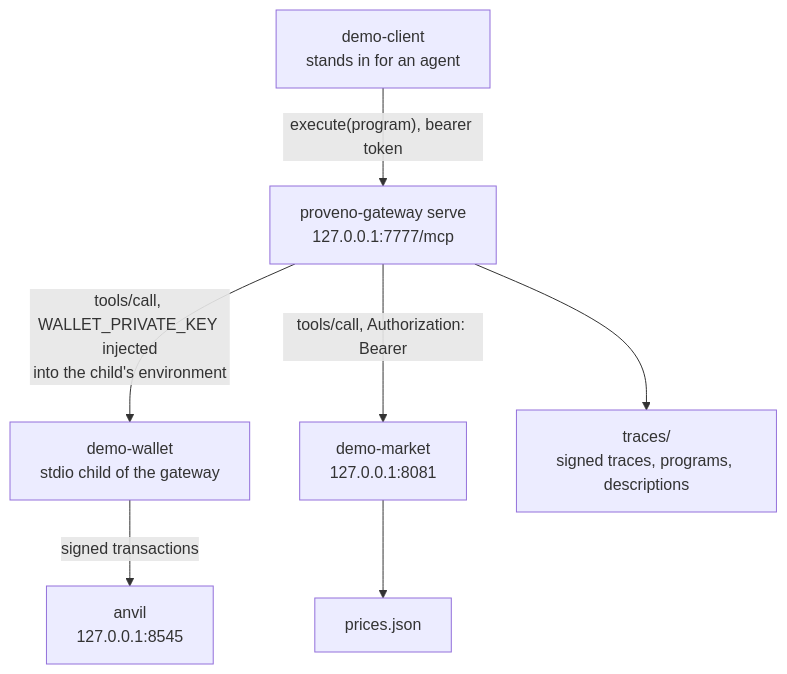
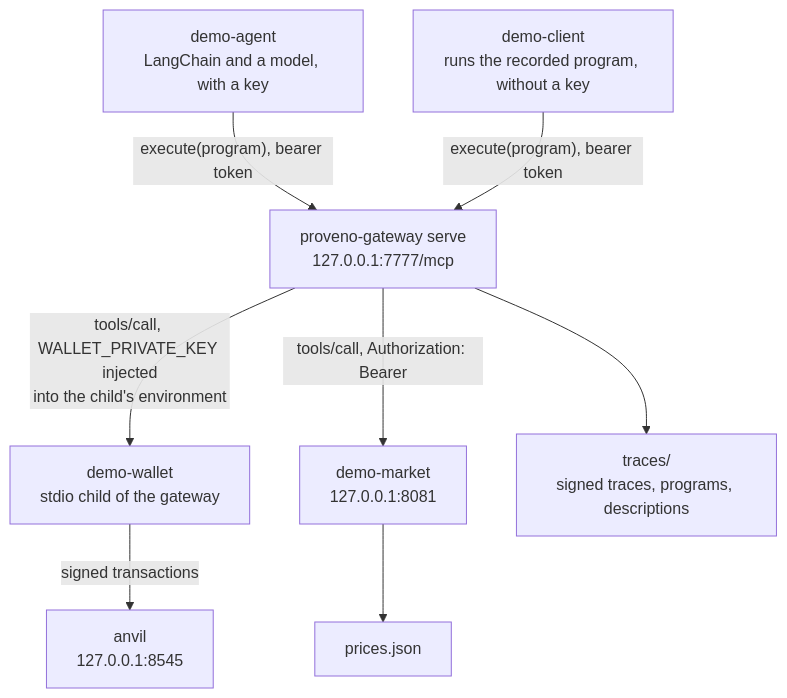
The first of 2 diagrams in demo/README.md (inertialabsxyz/proveno-gateway), drawn with Mermaid before and after one commit. The commit also changed other lines of this file, not shown here.

Commit message:
docs(demo): describe running the demo with and without a model key

````diff
--- a/demo/README.md
+++ b/demo/README.md
@@ -12,17 +17,19 @@
 ```mermaid
 flowchart TB
-    C["demo-client<br/>stands in for an agent"]
+    D["demo-agent<br/>LangChain and a model, with a key"]
+    C["demo-client<br/>runs the recorded program, without a key"]
     G["proveno-gateway serve<br/>127.0.0.1:7777/mcp"]
     W["demo-wallet<br/>stdio child of the gateway"]
     M["demo-market<br/>127.0.0.1:8081"]
     A["anvil<br/>127.0.0.1:8545"]
     F["prices.json"]
     S["traces/<br/>signed traces, programs, descriptions"]
 
+    D -->|"execute(program), bearer token"| G
     C -->|"execute(program), bearer token"| G
     G -->|"tools/call, WALLET_PRIVATE_KEY injected<br/>into the child's environment"| W
     G -->|"tools/call, Authorization: Bearer"| M
     G --> S
     W -->|"signed transactions"| A
     M --> F
 ```
````
